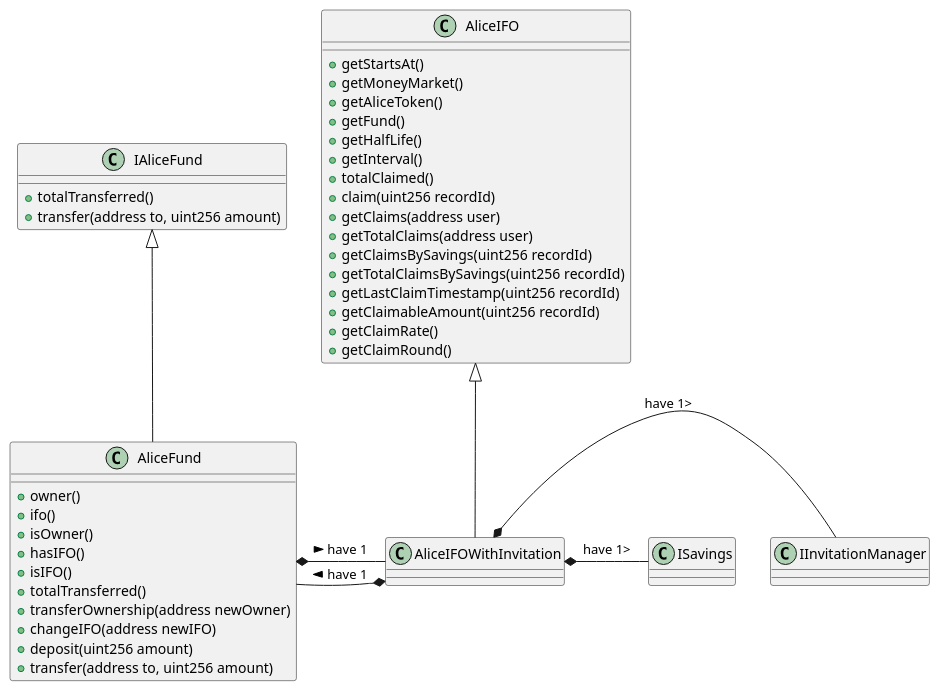
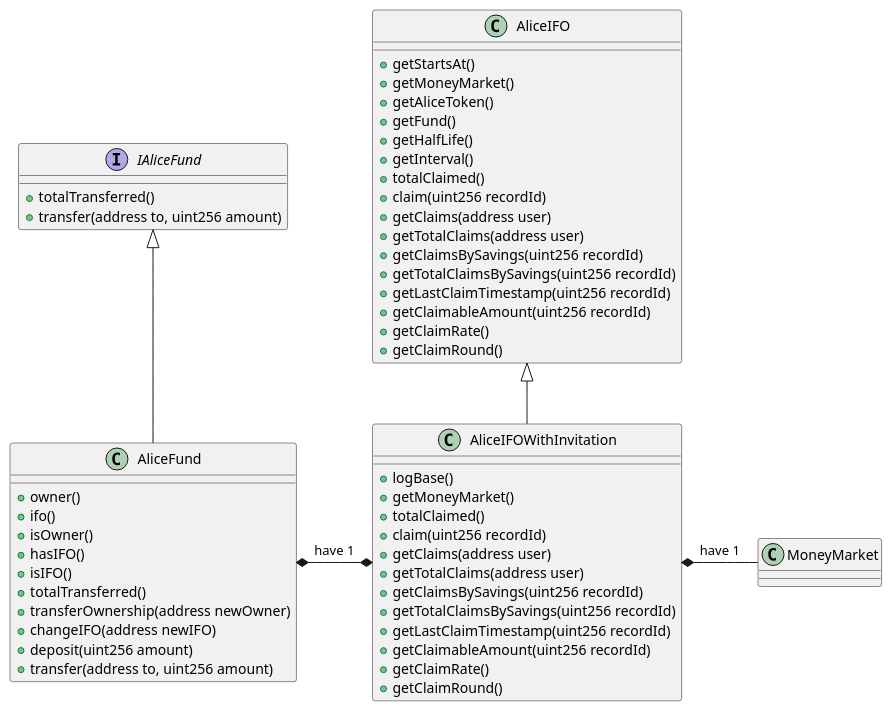
One commit to alice-finance/token changed the diagram in doc/diagram.puml. Above: the diagram before and after it, drawn with PlantUML. The commit also changed 7 other files, not shown here.

```diff
--- a/doc/diagram.puml
+++ b/doc/diagram.puml
@@ -1,48 +1,61 @@
 @startuml
-class IAliceFund {
-+ totalTransferred()
-+ transfer(address to, uint256 amount)
-}
 
-class AliceIFO {
-+ getStartsAt()
-+ getMoneyMarket()
-+ getAliceToken()
-+ getFund()
-+ getHalfLife()
-+ getInterval()
-+ totalClaimed()
-+ claim(uint256 recordId)
-+ getClaims(address user)
-+ getTotalClaims(address user)
-+ getClaimsBySavings(uint256 recordId)
-+ getTotalClaimsBySavings(uint256 recordId)
-+ getLastClaimTimestamp(uint256 recordId)
-+ getClaimableAmount(uint256 recordId)
-+ getClaimRate()
-+ getClaimRound()
-}
-
-class AliceIFOWithInvitation {
-
+interface IAliceFund {
+    + totalTransferred()
+    + transfer(address to, uint256 amount)
 }
 
 class AliceFund {
-+ owner()
-+ ifo()
-+ isOwner()
-+ hasIFO()
-+ isIFO()
-+ totalTransferred()
-+ transferOwnership(address newOwner)
-+ changeIFO(address newIFO)
-+ deposit(uint256 amount)
-+ transfer(address to, uint256 amount)
+    + owner()
+    + ifo()
+    + isOwner()
+    + hasIFO()
+    + isIFO()
+    + totalTransferred()
+    + transferOwnership(address newOwner)
+    + changeIFO(address newIFO)
+    + deposit(uint256 amount)
+    + transfer(address to, uint256 amount)
 }
+
+class MoneyMarket
+
+class AliceIFO {
+    + getStartsAt()
+    + getMoneyMarket()
+    + getAliceToken()
+    + getFund()
+    + getHalfLife()
+    + getInterval()
+    + totalClaimed()
+    + claim(uint256 recordId)
+    + getClaims(address user)
+    + getTotalClaims(address user)
+    + getClaimsBySavings(uint256 recordId)
+    + getTotalClaimsBySavings(uint256 recordId)
+    + getLastClaimTimestamp(uint256 recordId)
+    + getClaimableAmount(uint256 recordId)
+    + getClaimRate()
+    + getClaimRound()
+}
+
+class AliceIFOWithInvitation extends AliceIFO {
+    + logBase()
+    + getMoneyMarket()
+    + totalClaimed()
+    + claim(uint256 recordId)
+    + getClaims(address user)
+    + getTotalClaims(address user)
+    + getClaimsBySavings(uint256 recordId)
+    + getTotalClaimsBySavings(uint256 recordId)
+    + getLastClaimTimestamp(uint256 recordId)
+    + getClaimableAmount(uint256 recordId)
+    + getClaimRate()
+    + getClaimRound()
+}
+
+
 IAliceFund <|-- AliceFund
-AliceIFO <|-- AliceIFOWithInvitation
-AliceFund *- AliceIFOWithInvitation : have 1 >
-AliceIFOWithInvitation *- AliceFund : have 1 >
-AliceIFOWithInvitation *- ISavings : have 1>
-AliceIFOWithInvitation *- IInvitationManager: have 1>
+AliceIFOWithInvitation *- MoneyMarket : have 1
+AliceFund *-* AliceIFOWithInvitation : have 1
 @enduml
```
